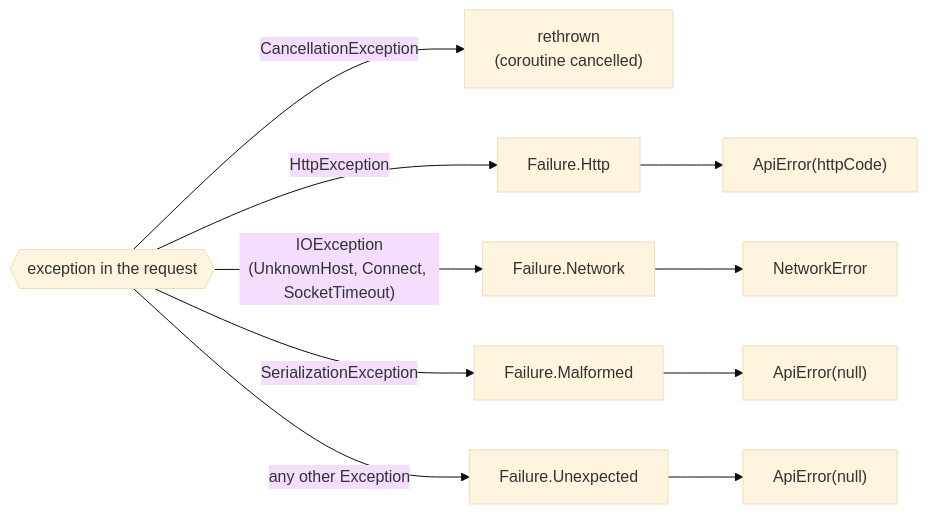
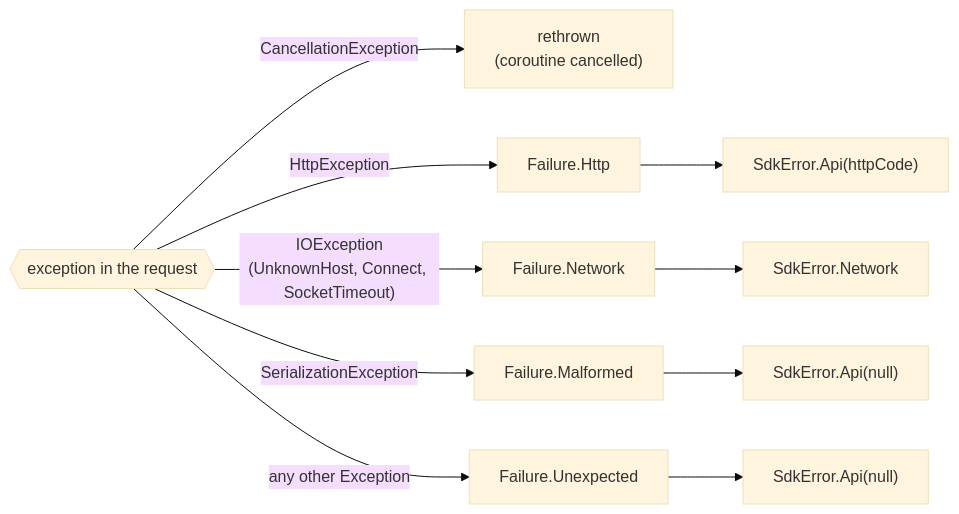
The third of 4 diagrams in docs/architecture.md (alexfin90/StackOverFlowAssignment), drawn with Mermaid (base theme) before and after one commit. The commit also changed other lines of this file and 30 other files, not shown here.

First line of the commit message:
refactor: one error type in the SDK and one in the app

````diff
--- a/docs/architecture.md
+++ b/docs/architecture.md
@@ -66,13 +66,13 @@
 ```mermaid
 flowchart LR
     ex{{"exception in the request"}}
     ex -->|CancellationException| rethrow["rethrown<br/>(coroutine cancelled)"]
     ex -->|HttpException| h["Failure.Http"]
     ex -->|"IOException<br/>(UnknownHost, Connect, SocketTimeout)"| n["Failure.Network"]
     ex -->|SerializationException| m["Failure.Malformed"]
     ex -->|"any other Exception"| u["Failure.Unexpected"]
-    h --> api1["ApiError(httpCode)"]
-    n --> net["NetworkError"]
-    m --> api2["ApiError(null)"]
-    u --> api3["ApiError(null)"]
+    h --> api1["SdkError.Api(httpCode)"]
+    n --> net["SdkError.Network"]
+    m --> api2["SdkError.Api(null)"]
+    u --> api3["SdkError.Api(null)"]
 ```
````
